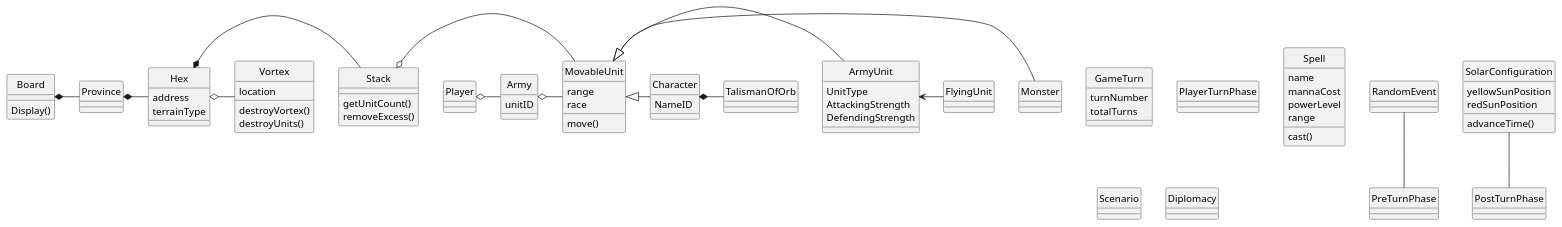
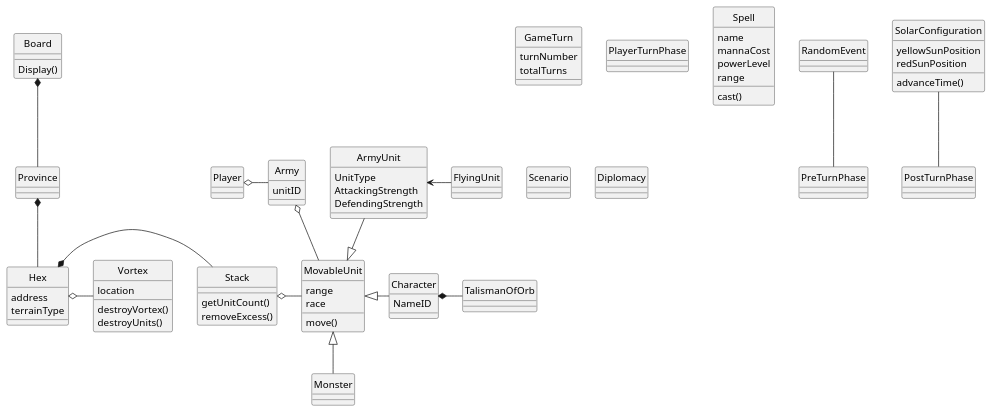
The diagram in src/ClassDiagrams/overview.puml (bigwookiee/CS383), drawn with PlantUML before and after one commit.

Commit message:
Changed lay out of overview.puml. chart is easer to read.

```diff
--- a/src/ClassDiagrams/overview.puml
+++ b/src/ClassDiagrams/overview.puml
@@ -1,105 +1,106 @@
 @startuml
 hide circle
 
-Board *- Province
-Province *- Hex
+Board *-- Province
+Province *-- Hex
 Hex *- Stack
 Hex o- Vortex
 
 Stack o- MovableUnit
-Army o- MovableUnit
+Army o-- MovableUnit
 Player o- Army
 
 RandomEvent -- PreTurnPhase
 SolarConfiguration -- PostTurnPhase
 
-MovableUnit <|- Monster
-MovableUnit <|- ArmyUnit
+MovableUnit <|-- Monster
+ArmyUnit --|> MovableUnit
 MovableUnit <|- Character
+
 
 class GameTurn {
 turnNumber
 totalTurns
 }
 
 class PlayerTurnPhase {
 
 }
 
 Character *- TalismanOfOrb
 
 ArmyUnit <- FlyingUnit
 
 class Board {
 Display()
 }
 
 class Stack {
 getUnitCount()
 removeExcess()
 }
 
 class Hex {
 address
 terrainType
 }
 
 class Vortex {
 location
 destroyVortex()
 destroyUnits()
 }
 
 class Player {
 }
 
 class SolarConfiguration {
 yellowSunPosition
 redSunPosition
 advanceTime()
 }
 
 class Army {
 unitID
 }
 
 class Spell {
 name
 mannaCost
 powerLevel
 range
 cast()
 }
 
 class Scenario {
 }
 
 class Diplomacy {
 }
 
 class RandomEvent {
 }
 
 class MovableUnit {
 range
 race
 move()
 }
 
 class ArmyUnit {
 UnitType
 AttackingStrength
 DefendingStrength
 }
 
 class Character {
 NameID
 }
 
 class TalismanOfOrb {
 }
 
 class Monster {
 }
 
 @enduml
```
